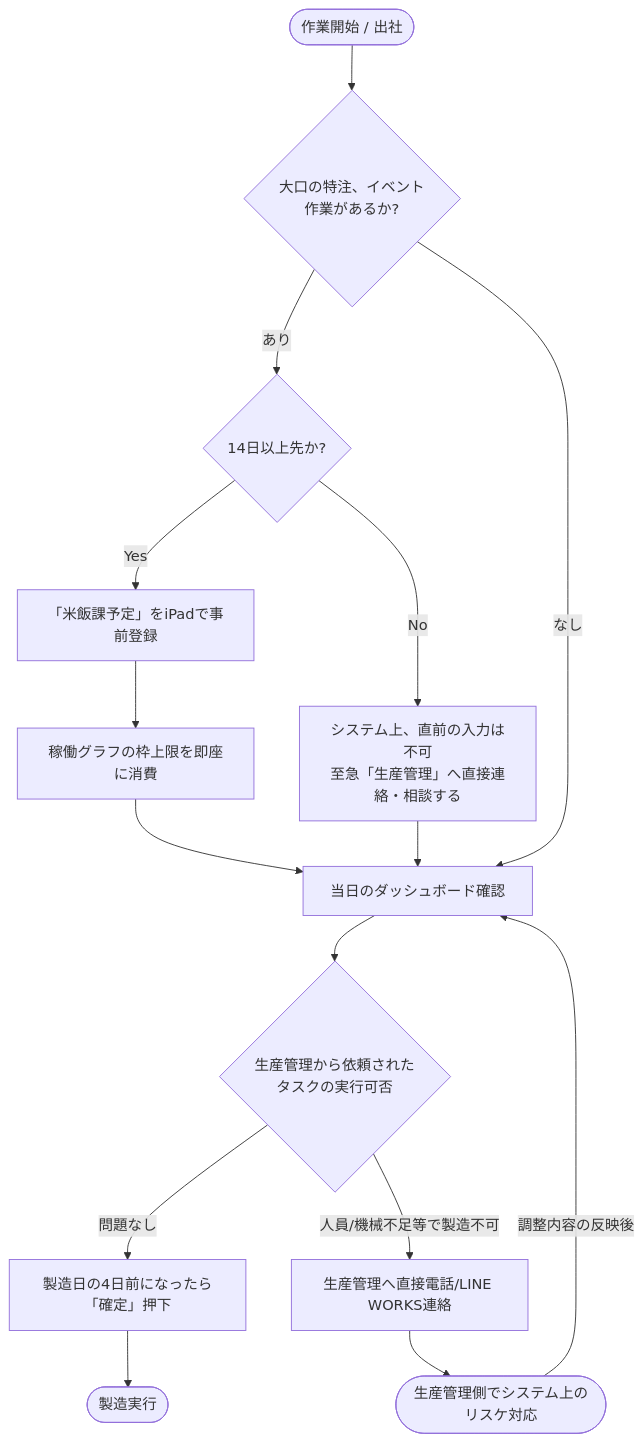
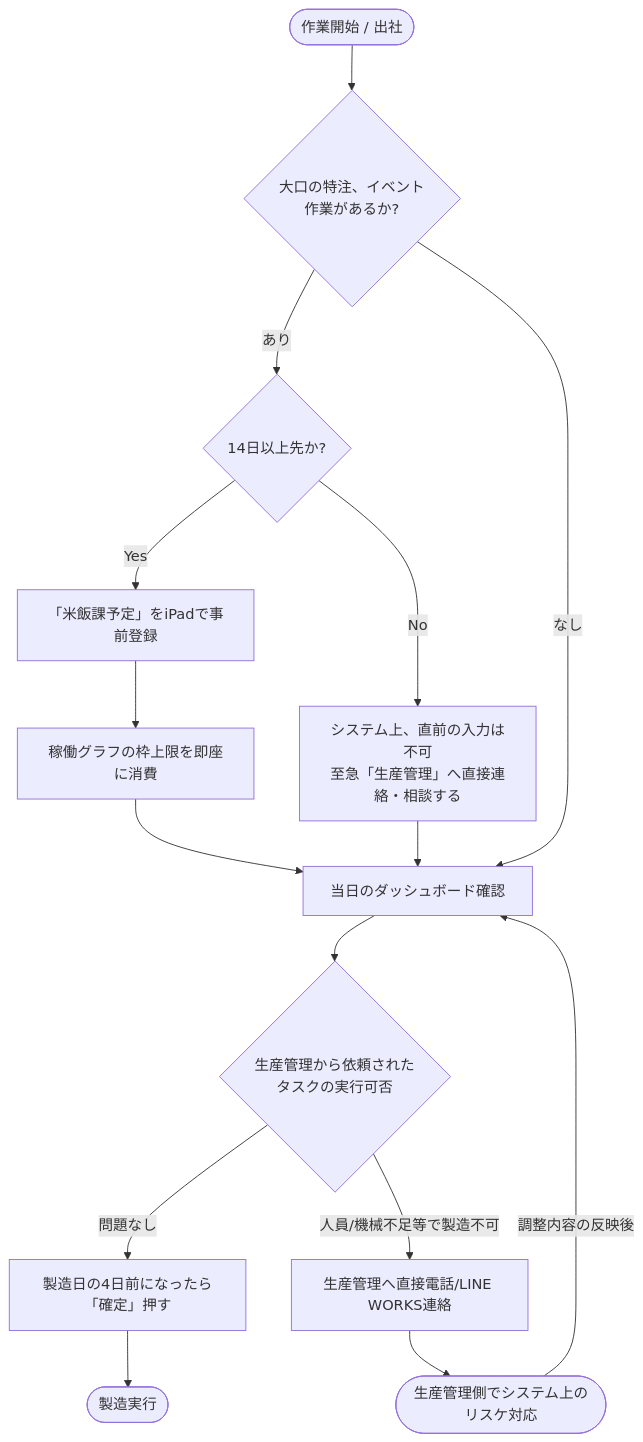
The fourth of 4 diagrams in appsheet_architecture/01_system_architecture.md (mihiro10/beihanka_irai_docs), drawn with Mermaid before and after one commit. The commit also changed other lines of this file, not shown here.

Commit message:
docs: update rice dept wording + replace prod mgmt flow with operator-friendly version

````diff
--- a/appsheet_architecture/01_system_architecture.md
+++ b/appsheet_architecture/01_system_architecture.md
@@ -93,21 +89,21 @@
 ```mermaid
 flowchart TD
     A([作業開始 / 出社]) --> B{大口の特注、イベント<br>作業があるか?}
     
     B -->|あり| C{14日以上先か?}
     C -->|Yes| D[「米飯課予定」をiPadで事前登録]
     C -->|No| E[システム上、直前の入力は不可<br>至急「生産管理」へ直接連絡・相談する]
     
     D --> F[稼働グラフの枠上限を即座に消費]
     F --> G[当日のダッシュボード確認]
     B -->|なし| G
     E --> G
     
     G --> H{生産管理から依頼された<br>タスクの実行可否}
-    H -->|問題なし| I[製造日の4日前になったら「確定」押下]
+    H -->|問題なし| I[製造日の4日前になったら「確定」押す]
     I --> J([製造実行])
     
     H -->|人員/機械不足等で製造不可| K[生産管理へ直接電話/LINE WORKS連絡]
     K --> L([生産管理側でシステム上のリスケ対応])
     L -->|調整内容の反映後| G
 ```
````
